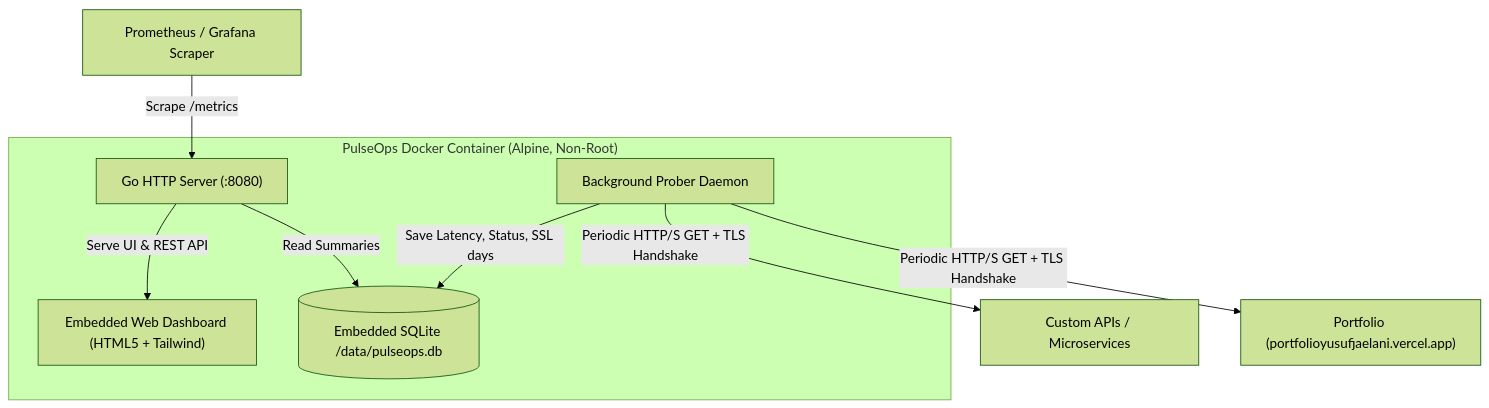
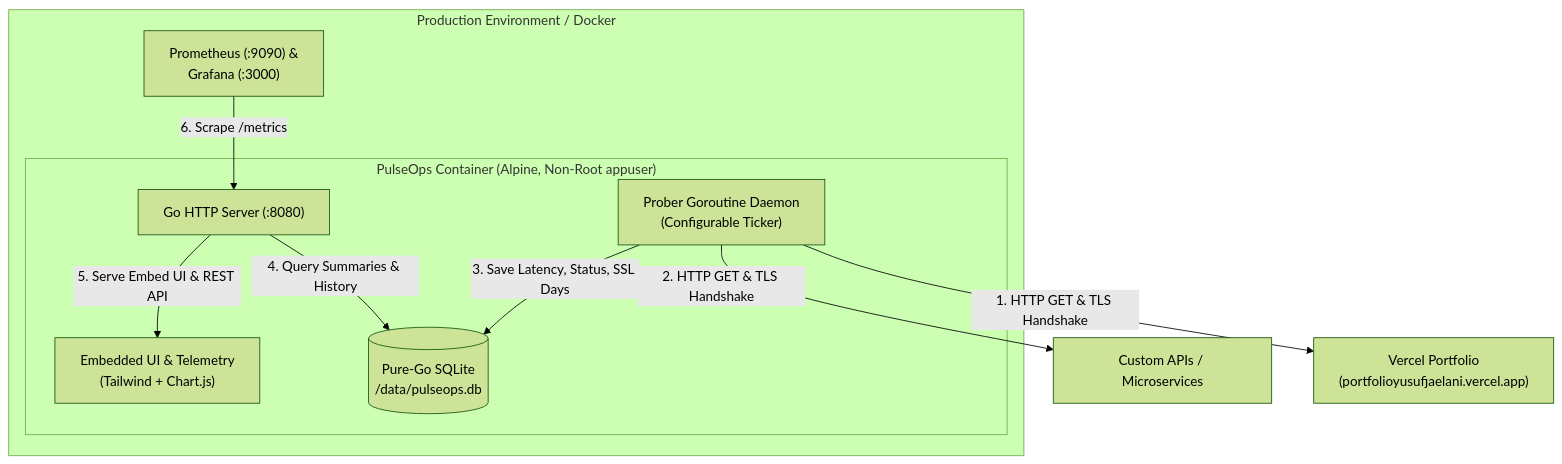
One commit to YusufJ12/herco-pulseops changed the diagram in README.md. Above: the diagram before and after it, drawn with Mermaid (forest theme). The commit also changed other lines of this file and 1 other file, not shown here.

Commit message:
docs: add comprehensive engineering handover map, architecture flow, and CONTRIBUTING guide

````diff
--- a/README.md
+++ b/README.md
@@ -27,20 +26,23 @@
 ```mermaid
 flowchart TD
-    subgraph Container ["PulseOps Docker Container (Alpine, Non-Root)"]
-        Server["Go HTTP Server (:8080)"]
-        Daemon["Background Prober Daemon"]
-        Store[("Embedded SQLite /data/pulseops.db")]
-        WebUI["Embedded Web Dashboard (HTML5 + Tailwind)"]
+    subgraph HostOrCloud ["Production Environment / Docker"]
+        subgraph Container ["PulseOps Container (Alpine, Non-Root appuser)"]
+            Server["Go HTTP Server (:8080)"]
+            ProberDaemon["Prober Goroutine Daemon\n(Configurable Ticker)"]
+            Store[("Pure-Go SQLite\n/data/pulseops.db")]
+            WebUI["Embedded UI & Telemetry\n(Tailwind + Chart.js)"]
+        end
+
+        PrometheusStack["Prometheus (:9090) &\nGrafana (:3000)"]
     end
 
-    Target1["Portfolio (portfolioyusufjaelani.vercel.app)"]
+    Target1["Vercel Portfolio\n(portfolioyusufjaelani.vercel.app)"]
     Target2["Custom APIs / Microservices"]
-    Prometheus["Prometheus / Grafana Scraper"]
 
-    Daemon -->|"Periodic HTTP/S GET + TLS Handshake"| Target1
-    Daemon -->|"Periodic HTTP/S GET + TLS Handshake"| Target2
-    Daemon -->|"Save Latency, Status, SSL days"| Store
-    Server -->|"Read Summaries"| Store
-    Server -->|"Serve UI & REST API"| WebUI
-    Prometheus -->|"Scrape /metrics"| Server
+    ProberDaemon -->|"1. HTTP GET & TLS Handshake"| Target1
+    ProberDaemon -->|"2. HTTP GET & TLS Handshake"| Target2
+    ProberDaemon -->|"3. Save Latency, Status, SSL Days"| Store
+    Server -->|"4. Query Summaries & History"| Store
+    Server -->|"5. Serve Embed UI & REST API"| WebUI
+    PrometheusStack -->|"6. Scrape /metrics"| Server
 ```
````
